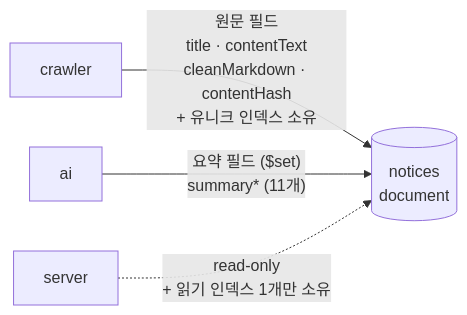
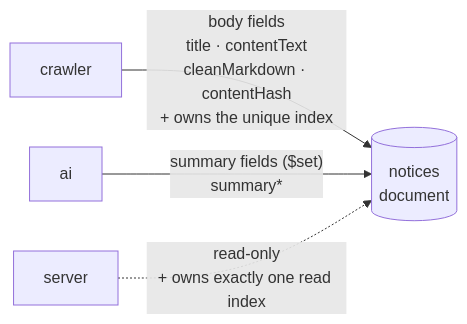
The diagram in docs/architecture/data-topology.md (spencer0124/skkuverse), drawn with Mermaid before and after one commit. The commit also changed other lines of this file and 10 other files, not shown here.

````diff
--- a/docs/architecture/data-topology.md
+++ b/docs/architecture/data-topology.md
@@ -43,6 +39,6 @@
 ```mermaid
 graph LR
-    crawler["crawler"] -->|"원문 필드<br/>title · contentText<br/>cleanMarkdown · contentHash<br/>+ 유니크 인덱스 소유"| doc[("notices<br/>document")]
-    ai["ai"] -->|"요약 필드 ($set)<br/>summary* (11개)"| doc
-    server["server"] -.->|"read-only<br/>+ 읽기 인덱스 1개만 소유"| doc
+    crawler["crawler"] -->|"body fields<br/>title · contentText<br/>cleanMarkdown · contentHash<br/>+ owns the unique index"| doc[("notices<br/>document")]
+    ai["ai"] -->|"summary fields ($set)<br/>summary*"| doc
+    server["server"] -.->|"read-only<br/>+ owns exactly one read index"| doc
 ```
````
